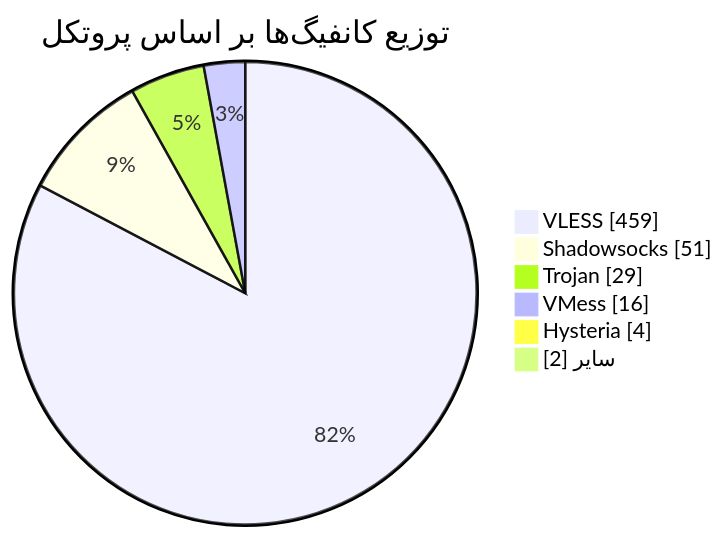
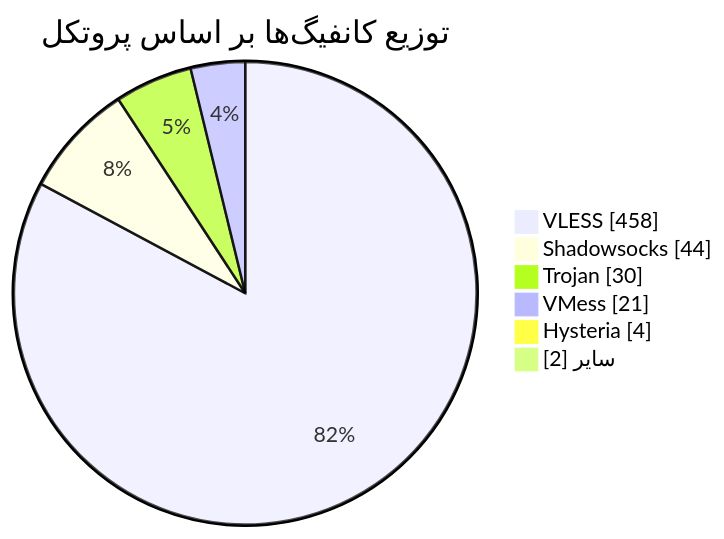
Before and after one commit to Arian-Alijani/Somthing: the diagram in README.md, drawn with Mermaid. The commit also changed other lines of this file and 75 other files, not shown here.

````diff
--- a/README.md
+++ b/README.md
@@ -48,10 +48,10 @@
 ```mermaid
 pie showData
     title توزیع کانفیگ‌ها بر اساس پروتکل
-    "VLESS" : 459
-    "Shadowsocks" : 51
-    "Trojan" : 29
-    "VMess" : 16
+    "VLESS" : 458
+    "Shadowsocks" : 44
+    "Trojan" : 30
+    "VMess" : 21
     "Hysteria" : 4
     "سایر" : 2
 ```
````
